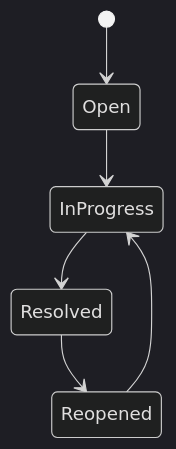
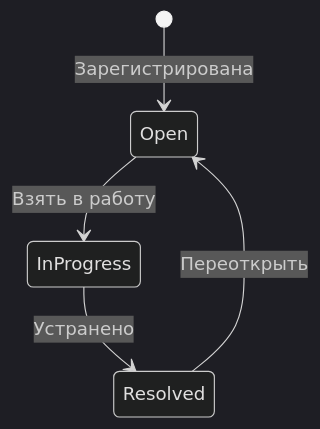
Before and after one commit to UMaRzHaN/leak-tracking: the second of 2 diagrams in README.md, drawn with Mermaid (dark theme). The commit also changed other lines of this file and 10 other files, not shown here.

````diff
--- a/README.md
+++ b/README.md
@@ -238,8 +252,7 @@
 ```mermaid
 stateDiagram-v2
-    [*] --> Open
-    Open --> InProgress
-    InProgress --> Resolved
-    Resolved --> Reopened
-    Reopened --> InProgress
+    [*] --> Open : Зарегистрирована
+    Open --> InProgress : Взять в работу
+    InProgress --> Resolved : Устранено
+    Resolved --> Open : Переоткрыть
 ```
````
